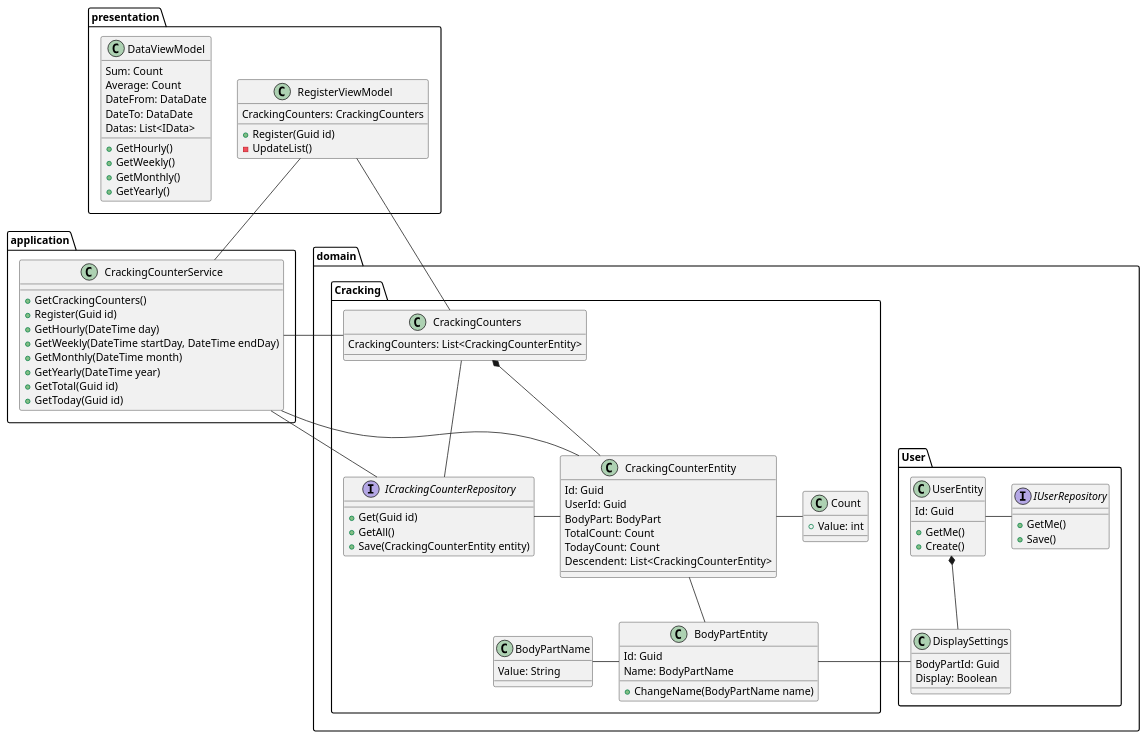
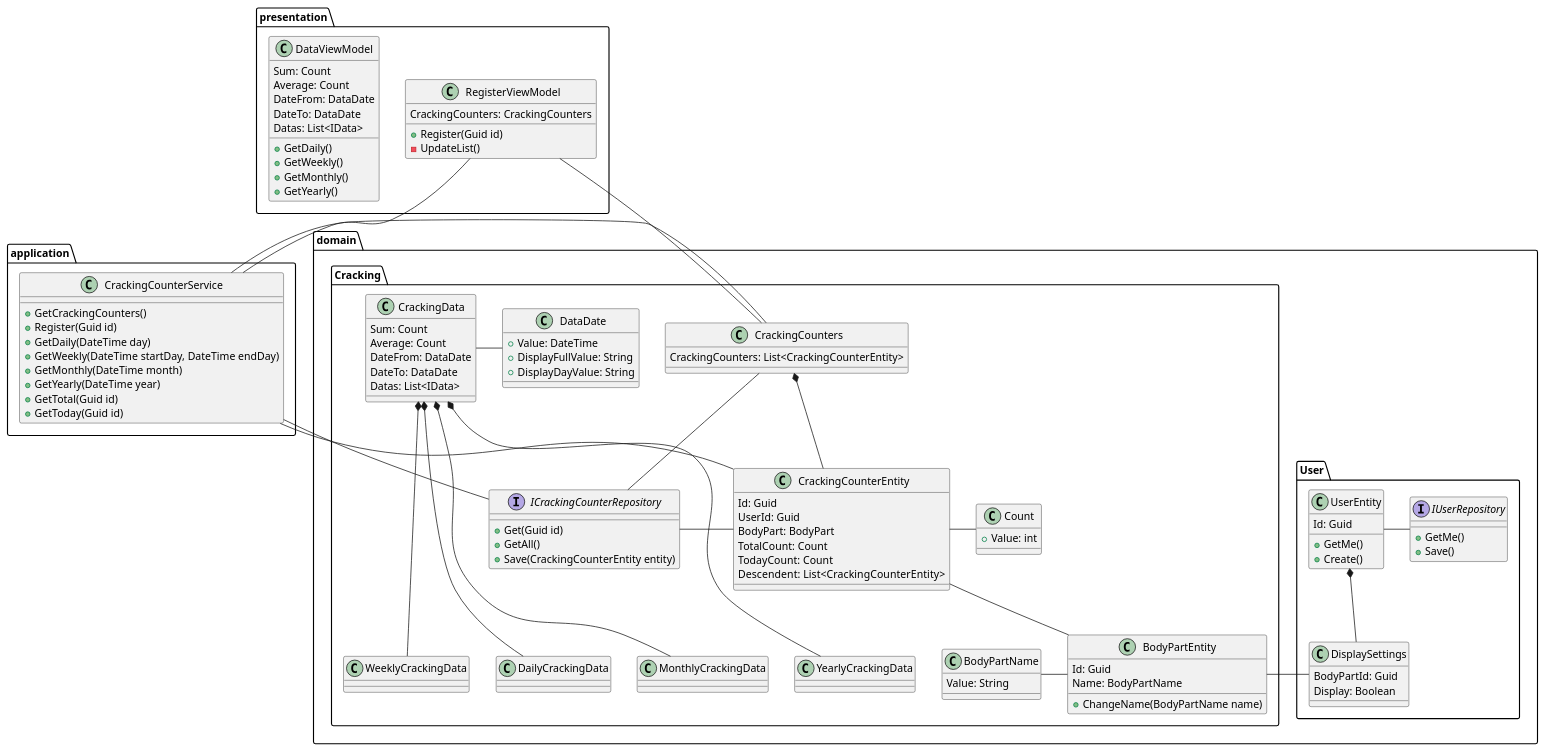
One commit to k2491p/cracking_counter_doc changed the diagram in 06_class/class.wsd. Above: the diagram before and after it, drawn with PlantUML.

Commit message:
update Data周りの更新

```diff
--- a/06_class/class.wsd
+++ b/06_class/class.wsd
@@ -1,102 +1,127 @@
 @startuml hoge
 
 package domain {
     package User {
         class UserEntity {
             Id: Guid
             +GetMe()
             +Create()
         }
 
         interface IUserRepository {
             +GetMe()
             +Save()
         }
 
         class DisplaySettings {
             BodyPartId: Guid
             Display: Boolean
         }
     }
 
     package Cracking {
         class BodyPartEntity {
             Id: Guid
             Name: BodyPartName
             +ChangeName(BodyPartName name)
         }
         class BodyPartName {
             Value: String
         }
         class Count {
             +Value: int
         }
         class CrackingCounterEntity {
             Id: Guid
             UserId: Guid
             BodyPart: BodyPart
             TotalCount: Count
             TodayCount: Count
             Descendent:  List<CrackingCounterEntity>
         }
         class CrackingCounters {
             CrackingCounters: List<CrackingCounterEntity>
         }
         interface ICrackingCounterRepository {
             +Get(Guid id)
             +GetAll()
             +Save(CrackingCounterEntity entity)
         }
+        class CrackingData {
+            Sum: Count
+            Average: Count
+            DateFrom: DataDate
+            DateTo: DataDate
+            Datas: List<IData>
+        }
+        class DailyCrackingData {
+        }
+        class WeeklyCrackingData {
+        }
+        class MonthlyCrackingData {
+        }
+        class YearlyCrackingData {
+        }
+        class DataDate {
+            +Value: DateTime
+            +DisplayFullValue: String
+            +DisplayDayValue: String
+        }
     }
     
 }
 
 package application {
     class CrackingCounterService {
             +GetCrackingCounters()
             +Register(Guid id)
-            +GetHourly(DateTime day)
+            +GetDaily(DateTime day)
             +GetWeekly(DateTime startDay, DateTime endDay)
             +GetMonthly(DateTime month)
             +GetYearly(DateTime year)
             +GetTotal(Guid id)
             +GetToday(Guid id)
         }
 }
 
 package presentation {
     class RegisterViewModel {
         CrackingCounters: CrackingCounters
         +Register(Guid id)
         -UpdateList()
     }
 
     class DataViewModel {
         Sum: Count
         Average: Count
         DateFrom: DataDate
         DateTo: DataDate
         Datas: List<IData>
-        +GetHourly()
+        +GetDaily()
         +GetWeekly()
         +GetMonthly()
         +GetYearly()
     }
 }
 
 UserEntity *-- DisplaySettings
 UserEntity - IUserRepository
 BodyPartEntity - DisplaySettings
 BodyPartName - BodyPartEntity
 CrackingCounterEntity - Count
 CrackingCounters *-- CrackingCounterEntity
 CrackingCounterEntity -- BodyPartEntity
 ICrackingCounterRepository - CrackingCounterEntity
 CrackingCounterService - CrackingCounters
 RegisterViewModel -- CrackingCounters
 RegisterViewModel -- CrackingCounterService
 CrackingCounterService -- ICrackingCounterRepository
 CrackingCounters -- ICrackingCounterRepository
 CrackingCounterService -- CrackingCounterEntity
+CrackingData - DataDate
+CrackingData *--- DailyCrackingData
+CrackingData *--- WeeklyCrackingData
+CrackingData *--- MonthlyCrackingData
+CrackingData *--- YearlyCrackingData
 
 @enduml
```
